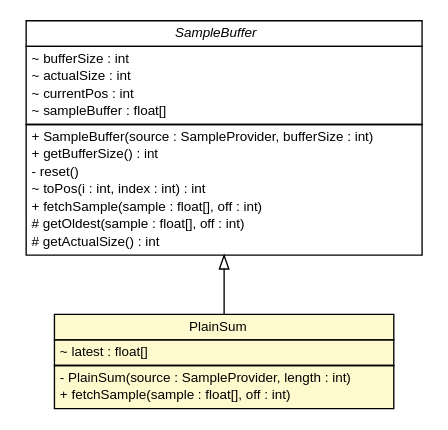
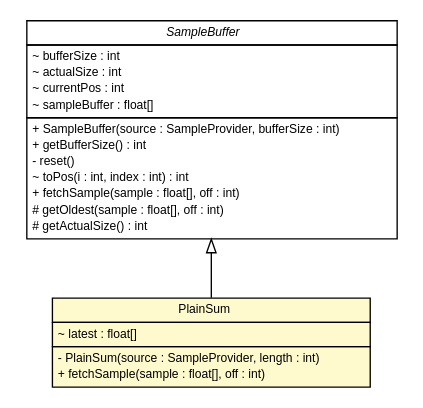
Before and after one commit to ev3dev-lang-java/ev3dev-lang-java: the diagram in docs/api/lejos/robotics/filter/SumFilter.PlainSum.dot, drawn with Graphviz. The commit also changed 413 other files, not shown here.

```diff
--- a/docs/api/lejos/robotics/filter/SumFilter.PlainSum.dot
+++ b/docs/api/lejos/robotics/filter/SumFilter.PlainSum.dot
@@ -1,48 +1,48 @@
 #!/usr/local/bin/dot
 #
 # Class diagram 
 # Generated by UMLGraph version R5_6-24-gf6e263 (http://www.umlgraph.org/)
 #
 
 digraph G {
 	edge [fontname="Helvetica",fontsize=10,labelfontname="Helvetica",labelfontsize=10];
 	node [fontname="Helvetica",fontsize=10,shape=plaintext];
 	nodesep=0.25;
 	ranksep=0.5;
 	// lejos.robotics.filter.SampleBuffer
 	c7219 [label=<<table title="lejos.robotics.filter.SampleBuffer" border="0" cellborder="1" cellspacing="0" cellpadding="2" port="p" href="./SampleBuffer.html">
 		<tr><td><table border="0" cellspacing="0" cellpadding="1">
 <tr><td align="center" balign="center"><font face="Helvetica-Oblique"> SampleBuffer </font></td></tr>
 		</table></td></tr>
 		<tr><td><table border="0" cellspacing="0" cellpadding="1">
 <tr><td align="left" balign="left"> ~ bufferSize : int </td></tr>
 <tr><td align="left" balign="left"> ~ actualSize : int </td></tr>
 <tr><td align="left" balign="left"> ~ currentPos : int </td></tr>
 <tr><td align="left" balign="left"> ~ sampleBuffer : float[] </td></tr>
 		</table></td></tr>
 		<tr><td><table border="0" cellspacing="0" cellpadding="1">
 <tr><td align="left" balign="left"> + SampleBuffer(source : SampleProvider, bufferSize : int) </td></tr>
 <tr><td align="left" balign="left"> + getBufferSize() : int </td></tr>
 <tr><td align="left" balign="left"> - reset() </td></tr>
 <tr><td align="left" balign="left"> ~ toPos(i : int, index : int) : int </td></tr>
 <tr><td align="left" balign="left"> + fetchSample(sample : float[], off : int) </td></tr>
 <tr><td align="left" balign="left"> # getOldest(sample : float[], off : int) </td></tr>
 <tr><td align="left" balign="left"> # getActualSize() : int </td></tr>
 		</table></td></tr>
-		</table>>, URL="./SampleBuffer.html", fontname="Helvetica", fontcolor="black", fontsize=10.0];
+		</table>>, URL="./SampleBuffer.html", fontname="Helvetica", fontcolor="black", fontsize=9.0];
 	// lejos.robotics.filter.SumFilter.PlainSum
 	c7225 [label=<<table title="lejos.robotics.filter.SumFilter.PlainSum" border="0" cellborder="1" cellspacing="0" cellpadding="2" port="p" bgcolor="lemonChiffon" href="./SumFilter.PlainSum.html">
 		<tr><td><table border="0" cellspacing="0" cellpadding="1">
 <tr><td align="center" balign="center"> PlainSum </td></tr>
 		</table></td></tr>
 		<tr><td><table border="0" cellspacing="0" cellpadding="1">
 <tr><td align="left" balign="left"> ~ latest : float[] </td></tr>
 		</table></td></tr>
 		<tr><td><table border="0" cellspacing="0" cellpadding="1">
 <tr><td align="left" balign="left"> - PlainSum(source : SampleProvider, length : int) </td></tr>
 <tr><td align="left" balign="left"> + fetchSample(sample : float[], off : int) </td></tr>
 		</table></td></tr>
-		</table>>, URL="./SumFilter.PlainSum.html", fontname="Helvetica", fontcolor="black", fontsize=10.0];
+		</table>>, URL="./SumFilter.PlainSum.html", fontname="Helvetica", fontcolor="black", fontsize=9.0];
 	//lejos.robotics.filter.SumFilter.PlainSum extends lejos.robotics.filter.SampleBuffer
 	c7219:p -> c7225:p [dir=back,arrowtail=empty];
 }
```
